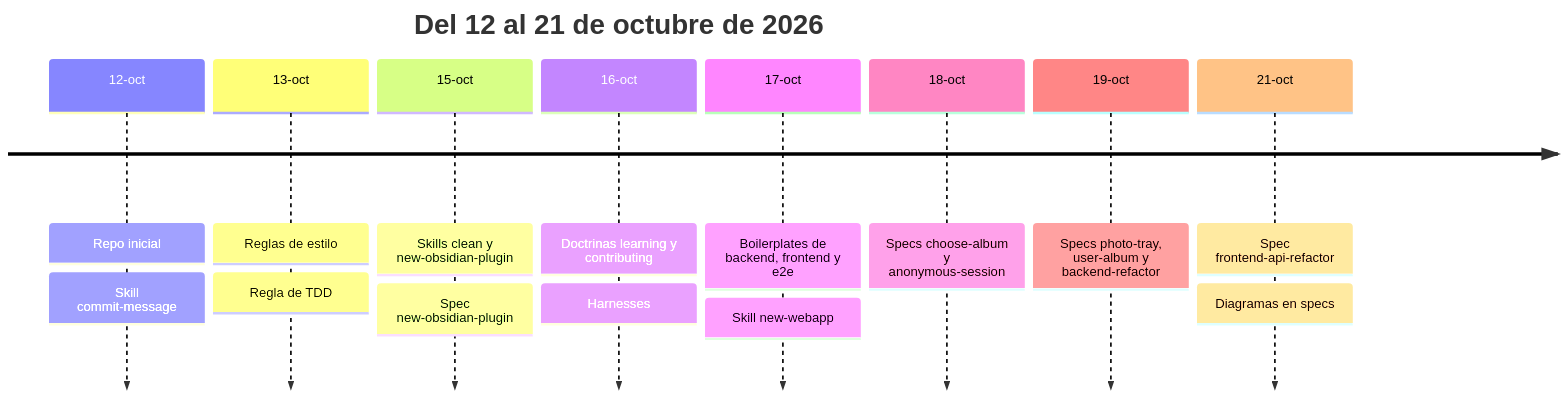
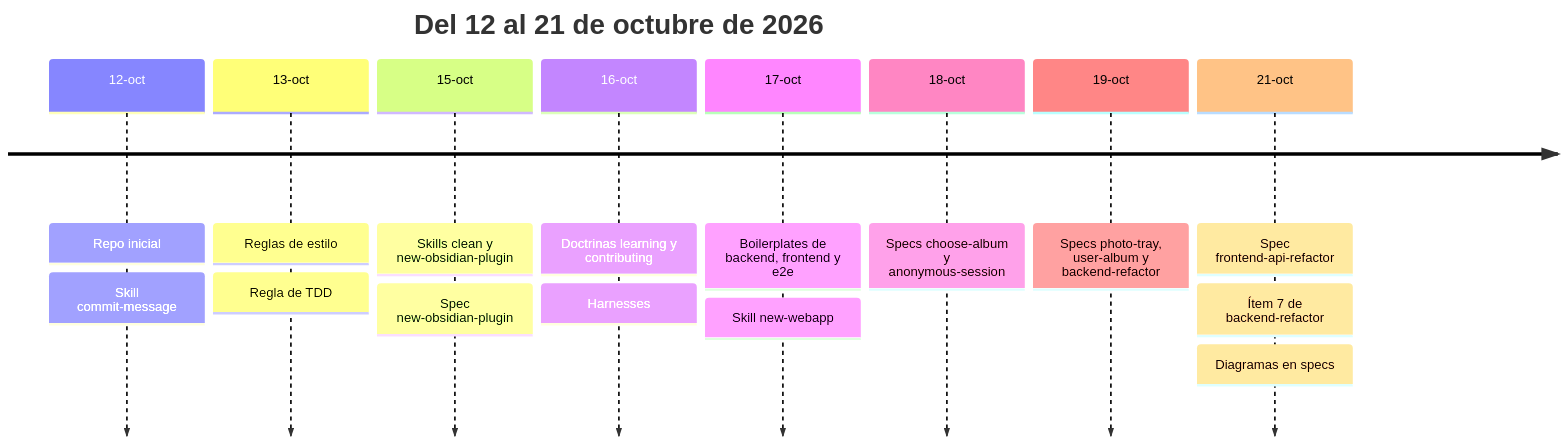
One commit to xaviuzz/prometeuzz changed the first of 5 diagrams in harnesses/fotoAlbum/.claude/timeline.md. Above: the diagram before and after it, drawn with Mermaid. The commit also changed other lines of this file, not shown here.

Commit message:
🤖 add backend refactor item 7 to fotoAlbum timeline

````diff
--- a/harnesses/fotoAlbum/.claude/timeline.md
+++ b/harnesses/fotoAlbum/.claude/timeline.md
@@ -7,12 +7,12 @@
 ```mermaid
 timeline
     title Del 12 al 21 de octubre de 2026
     12-oct : Repo inicial : Skill commit-message
     13-oct : Reglas de estilo : Regla de TDD
     15-oct : Skills clean y new-obsidian-plugin : Spec new-obsidian-plugin
     16-oct : Doctrinas learning y contributing : Harnesses
     17-oct : Boilerplates de backend, frontend y e2e : Skill new-webapp
     18-oct : Specs choose-album y anonymous-session
     19-oct : Specs photo-tray, user-album y backend-refactor
-    21-oct : Spec frontend-api-refactor : Diagramas en specs
+    21-oct : Spec frontend-api-refactor : Ítem 7 de backend-refactor : Diagramas en specs
 ```
````
